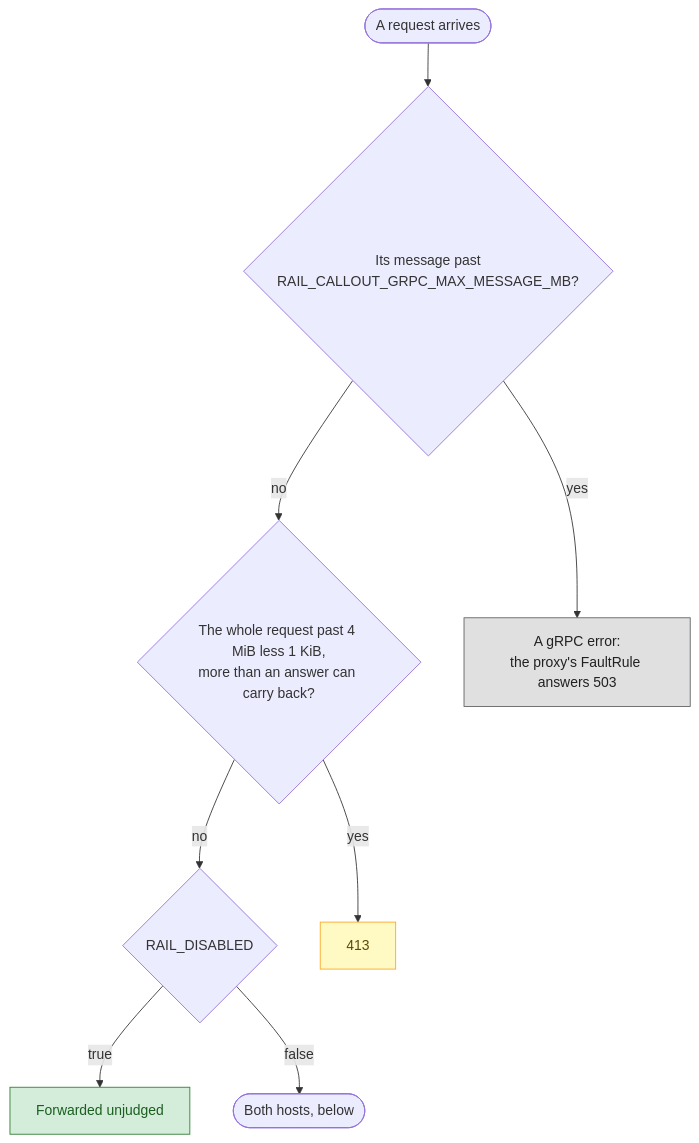
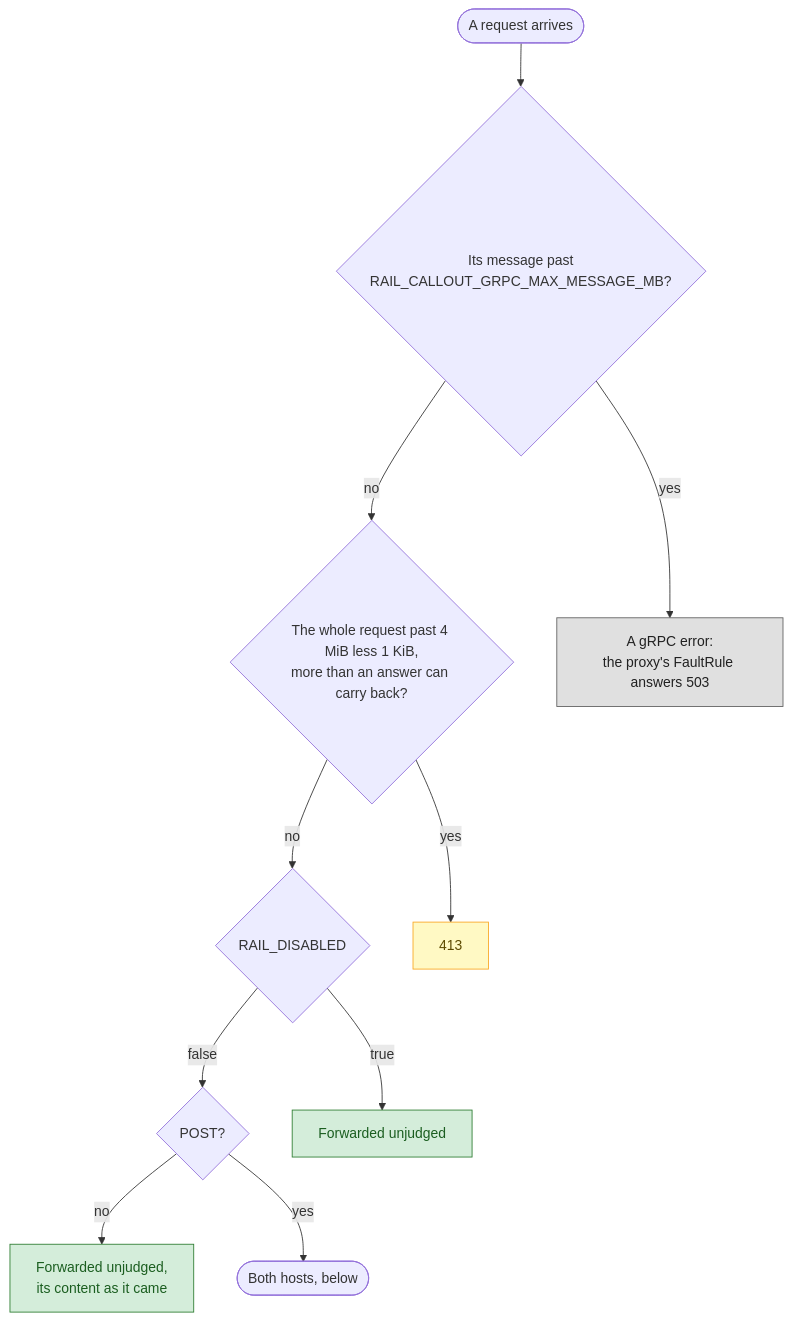
Before and after one commit to datrail/railguard: the second of 4 diagrams in GATEWAY.md, drawn with Mermaid. The commit also changed other lines of this file and 15 other files, not shown here.

Commit message:
DR-319: the gateway decides at a call's headers whether it's judged, Gathering::Judged or Unjudged, by one rule (a POST, for now); a call it doesn't judge goes on with its body never gathered, so past the cap or the budget it's no longer refused

````diff
--- a/GATEWAY.md
+++ b/GATEWAY.md
@@ -46,25 +50,29 @@
 ```mermaid
 flowchart TD
   arrive([A request arrives])
   grpc{"Its message past<br>RAIL_CALLOUT_GRPC_MAX_MESSAGE_MB?"}
   answerable{"The whole request past 4 MiB less 1 KiB,<br>more than an answer can carry back?"}
   disabled{RAIL_DISABLED}
+  post{POST?}
   both([Both hosts, below])
   e1["A gRPC error:<br>the proxy's FaultRule answers 503"]:::grpcError
   r1[413]:::tooLarge
   f1[Forwarded unjudged]:::forwarded
+  f2["Forwarded unjudged,<br>its content as it came"]:::forwarded
 
   arrive --> grpc
   grpc -->|yes| e1
   grpc -->|no| answerable
   answerable -->|yes| r1
   answerable -->|no| disabled
   disabled -->|true| f1
-  disabled -->|false| both
+  disabled -->|false| post
+  post -->|no| f2
+  post -->|yes| both
 
   classDef forwarded fill:#d4edda,stroke:#2e7d32,color:#1b5e20
   classDef denied fill:#f8d7da,stroke:#c62828,color:#7f0000
   classDef cannotApply fill:#ffe0b2,stroke:#ef6c00,color:#7a3e00
   classDef tooLarge fill:#fff9c4,stroke:#f9a825,color:#5d4a00
   classDef grpcError fill:#e0e0e0,stroke:#616161,color:#212121
 ```
````
